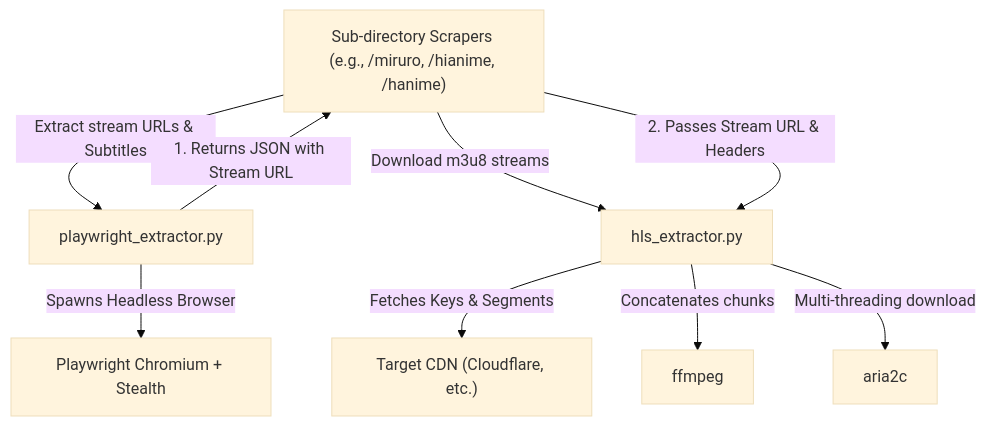
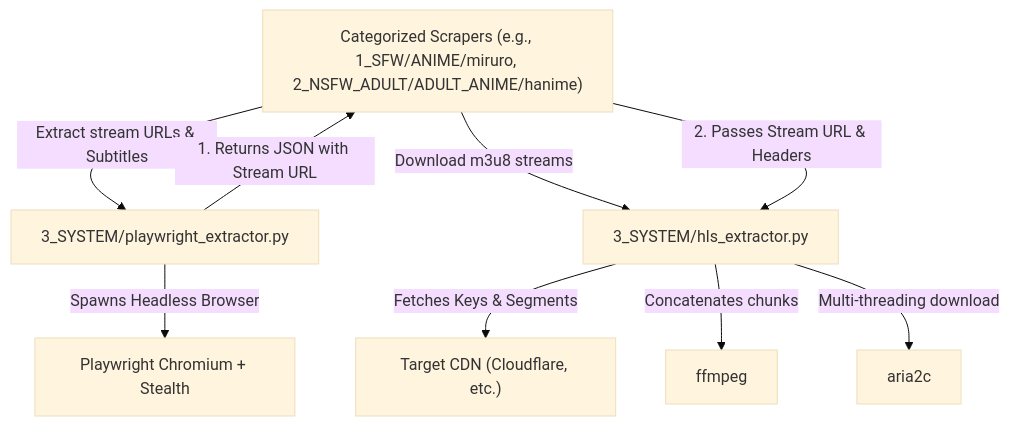
Before and after one commit to valse-de-anshu/zine-scraper: the diagram in scrapers/README.md, drawn with Mermaid (base theme). The commit also changed other lines of this file and 502 other files, not shown here.

Commit message:
refactor(scrapers): reorganize scrapers into categorized taxonomy and update catalog TUI

````diff
--- a/scrapers/README.md
+++ b/scrapers/README.md
@@ -21,13 +37,13 @@
 ```mermaid
 graph TD
-    SiteScrapers["Sub-directory Scrapers (e.g., /miruro, /hianime, /hanime)"] -->|Extract stream URLs & Subtitles| PE[playwright_extractor.py]
-    SiteScrapers -->|Download m3u8 streams| HE[hls_extractor.py]
+    SiteScrapers["Categorized Scrapers (e.g., 1_SFW/ANIME/miruro, 2_NSFW_ADULT/ADULT_ANIME/hanime)"] -->|Extract stream URLs & Subtitles| PE[3_SYSTEM/playwright_extractor.py]
+    SiteScrapers -->|Download m3u8 streams| HE[3_SYSTEM/hls_extractor.py]
     
     PE -->|1. Returns JSON with Stream URL| SiteScrapers
     SiteScrapers -->|2. Passes Stream URL & Headers| HE
     
     HE -->|Fetches Keys & Segments| CDN["Target CDN (Cloudflare, etc.)"]
     HE -->|Concatenates chunks| FFMPEG[ffmpeg]
     HE -->|Multi-threading download| Aria2[aria2c]
     PE -->|Spawns Headless Browser| Chromium[Playwright Chromium + Stealth]
 ```
````
